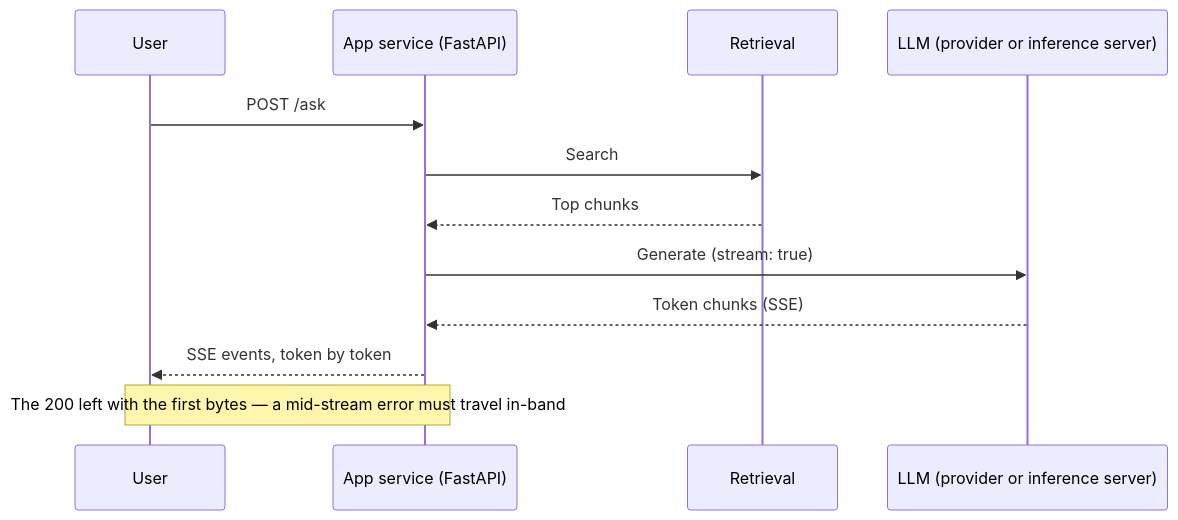
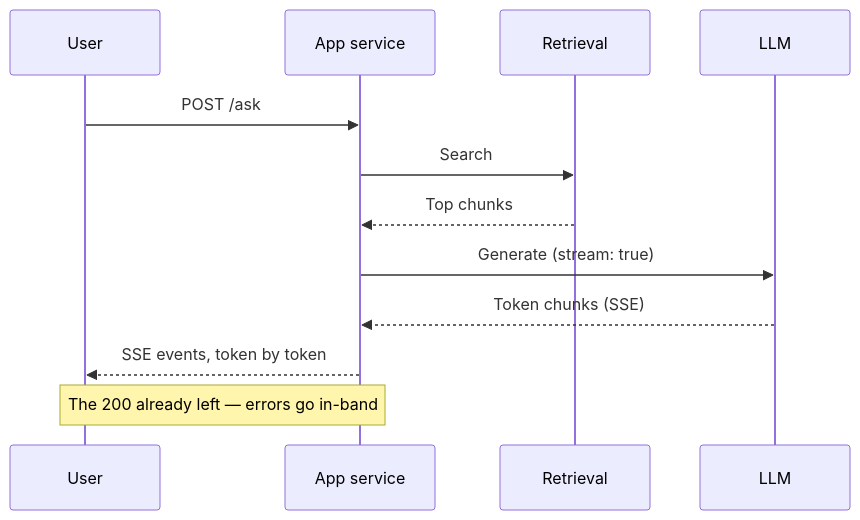
One commit to NikolaiSachok/ai-engineering-handbook changed the first of 2 diagrams in docs/part-3-production/serving/index.md. Above: the diagram before and after it, drawn with Mermaid. The commit also changed other lines of this file and 75 other files, not shown here.

First line of the commit message:
fix(diagrams): re-author wide diagrams, and measure the three locales the gate never saw (#441)

````diff
--- a/docs/part-3-production/serving/index.md
+++ b/docs/part-3-production/serving/index.md
@@ -73,14 +73,14 @@
 ```mermaid
 sequenceDiagram
     participant U as User
-    participant S as App service (FastAPI)
+    participant S as App service
     participant R as Retrieval
-    participant M as LLM (provider or inference server)
+    participant M as LLM
     U->>S: POST /ask
     S->>R: Search
     R-->>S: Top chunks
     S->>M: Generate (stream: true)
     M-->>S: Token chunks (SSE)
     S-->>U: SSE events, token by token
-    Note over S,U: The 200 left with the first bytes — a mid-stream error must travel in-band
+    Note over S,U: The 200 already left — errors go in-band
 ```
````
